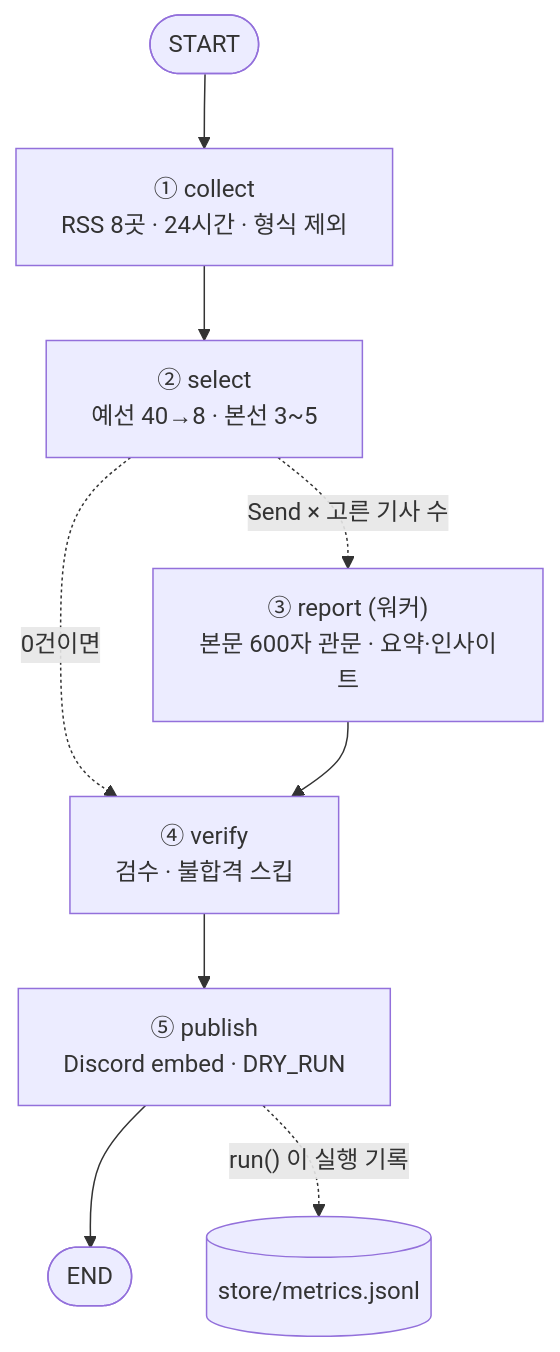
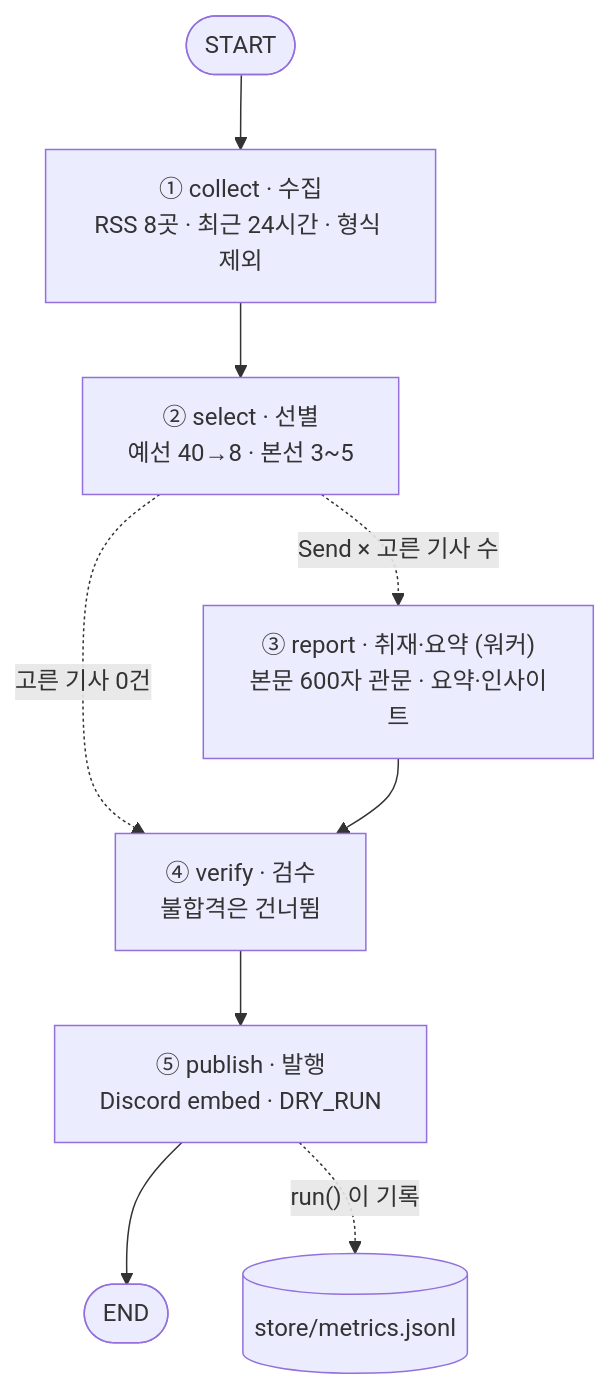
Before and after one commit to rubilisa08/biz-briefing-agent: the diagram in REPORT.md, drawn with Mermaid. The commit also changed other lines of this file and 10 other files, not shown here.

````diff
--- a/REPORT.md
+++ b/REPORT.md
@@ -127,11 +168,11 @@
 ```mermaid
 graph TD
   START([START]) --> collect
-  collect["① collect<br/>RSS 8곳 · 24시간 · 형식 제외"] --> select
-  select["② select<br/>예선 40→8 · 본선 3~5"] -. "Send × 고른 기사 수" .-> report
-  select -. "0건이면" .-> verify
-  report["③ report (워커)<br/>본문 600자 관문 · 요약·인사이트"] --> verify
-  verify["④ verify<br/>검수 · 불합격 스킵"] --> publish
-  publish["⑤ publish<br/>Discord embed · DRY_RUN"] --> END([END])
-  publish -. "run() 이 실행 기록" .-> metrics[(store/metrics.jsonl)]
+  collect["① collect · 수집<br/>RSS 8곳 · 최근 24시간 · 형식 제외"] --> select
+  select["② select · 선별<br/>예선 40→8 · 본선 3~5"] -. "Send × 고른 기사 수" .-> report
+  select -. "고른 기사 0건" .-> verify
+  report["③ report · 취재·요약 (워커)<br/>본문 600자 관문 · 요약·인사이트"] --> verify
+  verify["④ verify · 검수<br/>불합격은 건너뜀"] --> publish
+  publish["⑤ publish · 발행<br/>Discord embed · DRY_RUN"] --> END([END])
+  publish -. "run() 이 기록" .-> metrics[(store/metrics.jsonl)]
 ```
````
